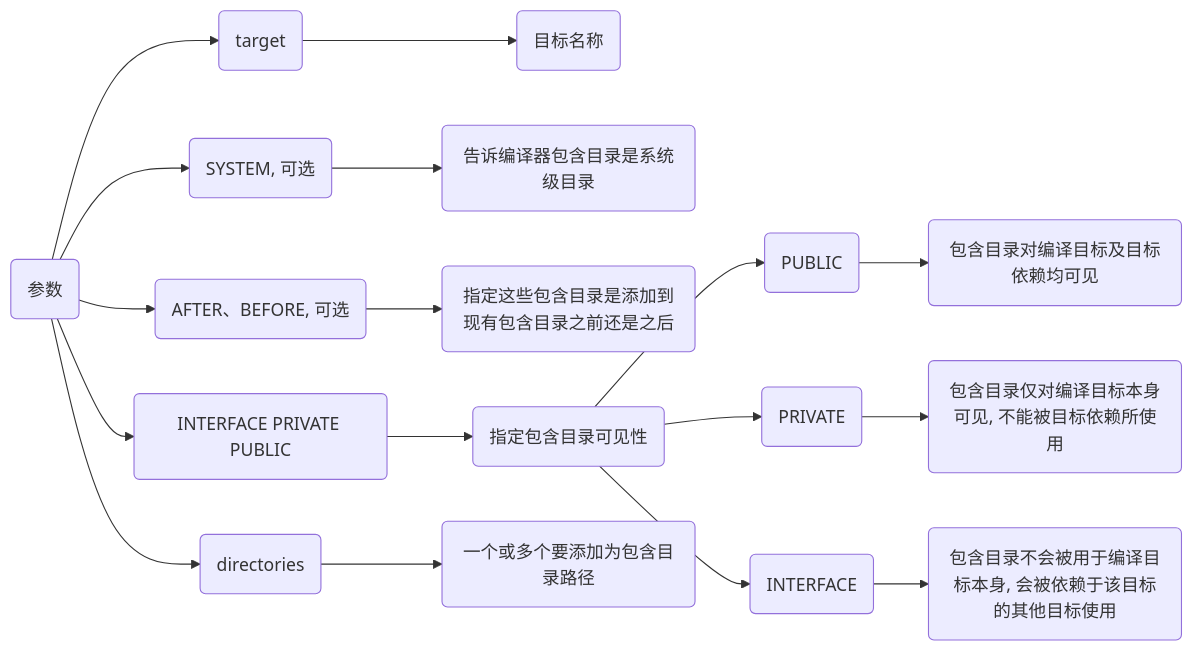
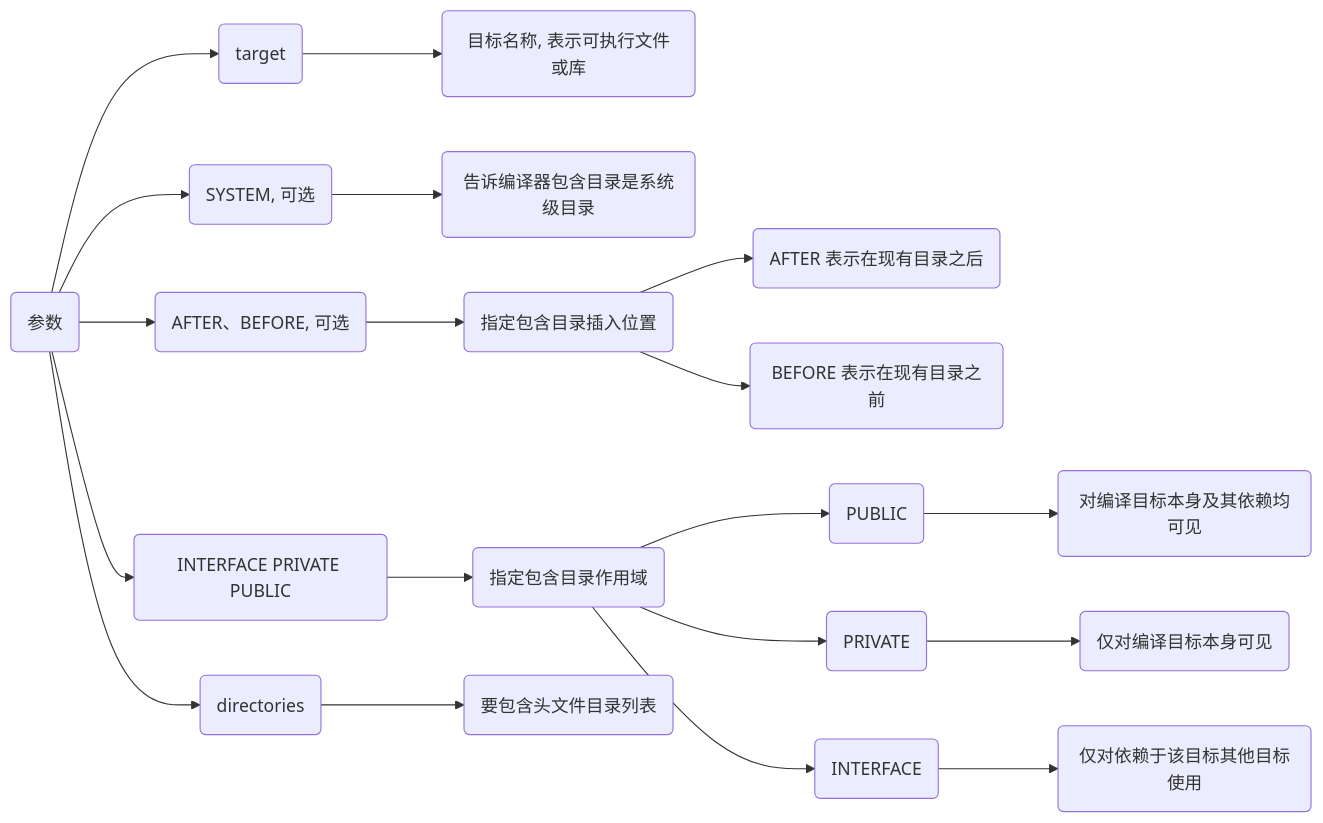
The third of 7 diagrams in _posts/software/build_tool/cmake/2024-11-09-语法.md (dmjcb/dmjcb.github.io), drawn with Mermaid before and after one commit. The commit also changed other lines of this file and 33 other files, not shown here.

````diff
--- a/_posts/software/build_tool/cmake/2024-11-09-语法.md
+++ b/_posts/software/build_tool/cmake/2024-11-09-语法.md
@@ -109,12 +131,14 @@
 ```mermaid
 graph LR
     P(参数)
-    P-->A(target)-->A1(目标名称)
+    P-->A(target)-->A1(目标名称, 表示可执行文件或库)
     P-->B(SYSTEM, 可选)-->B1(告诉编译器包含目录是系统级目录)
-    P-->C(AFTER、BEFORE, 可选)-->C1(指定这些包含目录是添加到现有包含目录之前还是之后)
-    P-->D(INTERFACE PRIVATE PUBLIC)-->D1(指定包含目录可见性)
-        D1-->D11(PUBLIC)-->D111(包含目录对编译目标及目标依赖均可见)
-        D1-->D12(PRIVATE)-->D121(包含目录仅对编译目标本身可见, 不能被目标依赖所使用)
-        D1-->D13(INTERFACE)-->D131(包含目录不会被用于编译目标本身, 会被依赖于该目标的其他目标使用)
-    P-->E(directories)-->E1(一个或多个要添加为包含目录路径)
+    P-->C(AFTER、BEFORE, 可选)-->C1(指定包含目录插入位置)
+        C1-->C11(AFTER 表示在现有目录之后)
+        C1-->C12(BEFORE 表示在现有目录之前)
+    P-->D(INTERFACE PRIVATE PUBLIC)-->D1(指定包含目录作用域)
+        D1-->D11(PUBLIC)-->D111(对编译目标本身及其依赖均可见)
+        D1-->D12(PRIVATE)-->D121(仅对编译目标本身可见)
+        D1-->D13(INTERFACE)-->D131(仅对依赖于该目标其他目标使用)
+    P-->E(directories)-->E1(要包含头文件目录列表)
 ```
````
